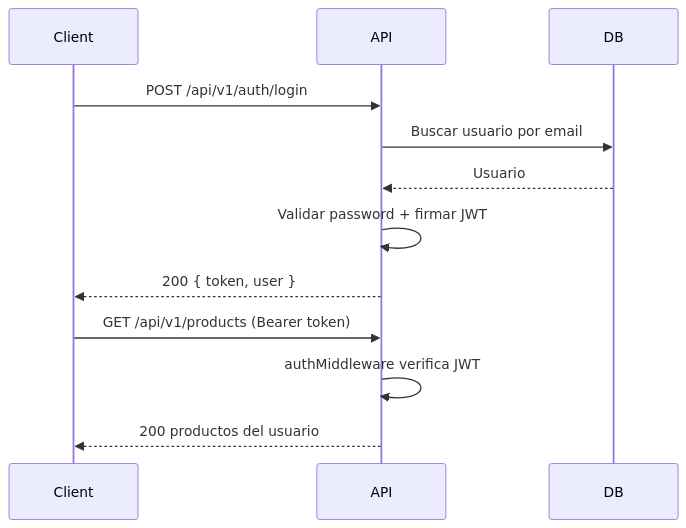
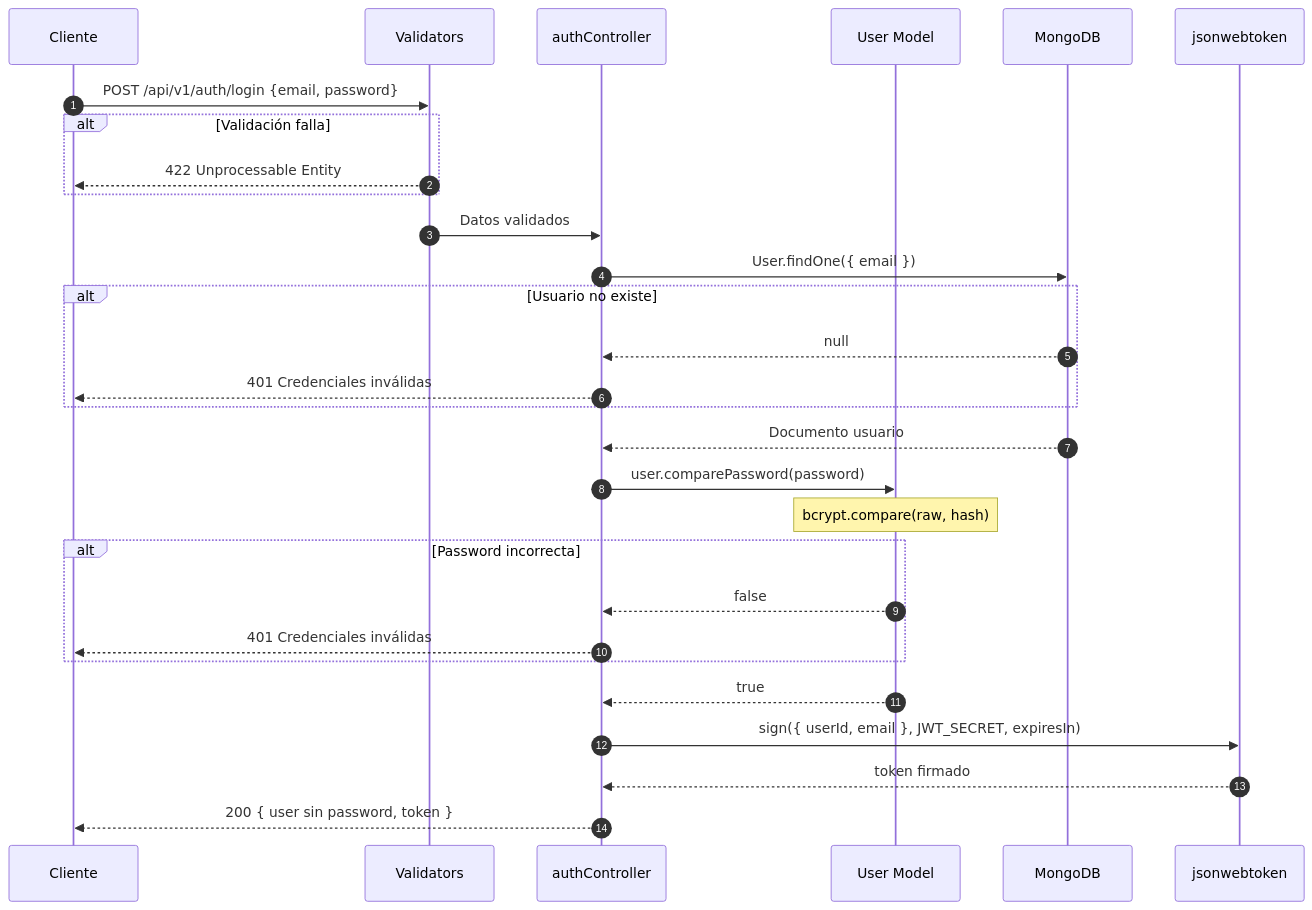
The fourth of 7 diagrams in step_1/README.md (sergiodev3/autentication-crud-mern-example), drawn with Mermaid before and after one commit. The commit also changed other lines of this file and 2 other files, not shown here.

````diff
--- a/step_1/README.md
+++ b/step_1/README.md
@@ -24,15 +138,32 @@
 ```mermaid
 sequenceDiagram
-  participant Client
-  participant API
-  participant DB
+    autonumber
+    participant C as Cliente
+    participant V as Validators
+    participant AC as authController
+    participant U as User Model
+    participant DB as MongoDB
+    participant JWT as jsonwebtoken
 
-  Client->>API: POST /api/v1/auth/login
-  API->>DB: Buscar usuario por email
-  DB-->>API: Usuario
-  API->>API: Validar password + firmar JWT
-  API-->>Client: 200 { token, user }
-  Client->>API: GET /api/v1/products (Bearer token)
-  API->>API: authMiddleware verifica JWT
-  API-->>Client: 200 productos del usuario
+    C->>V: POST /api/v1/auth/login {email, password}
+    alt Validación falla
+        V-->>C: 422 Unprocessable Entity
+    end
+    V->>AC: Datos validados
+    AC->>DB: User.findOne({ email })
+    alt Usuario no existe
+        DB-->>AC: null
+        AC-->>C: 401 Credenciales inválidas
+    end
+    DB-->>AC: Documento usuario
+    AC->>U: user.comparePassword(password)
+    Note over U: bcrypt.compare(raw, hash)
+    alt Password incorrecta
+        U-->>AC: false
+        AC-->>C: 401 Credenciales inválidas
+    end
+    U-->>AC: true
+    AC->>JWT: sign({ userId, email }, JWT_SECRET, expiresIn)
+    JWT-->>AC: token firmado
+    AC-->>C: 200 { user sin password, token }
 ```
````
